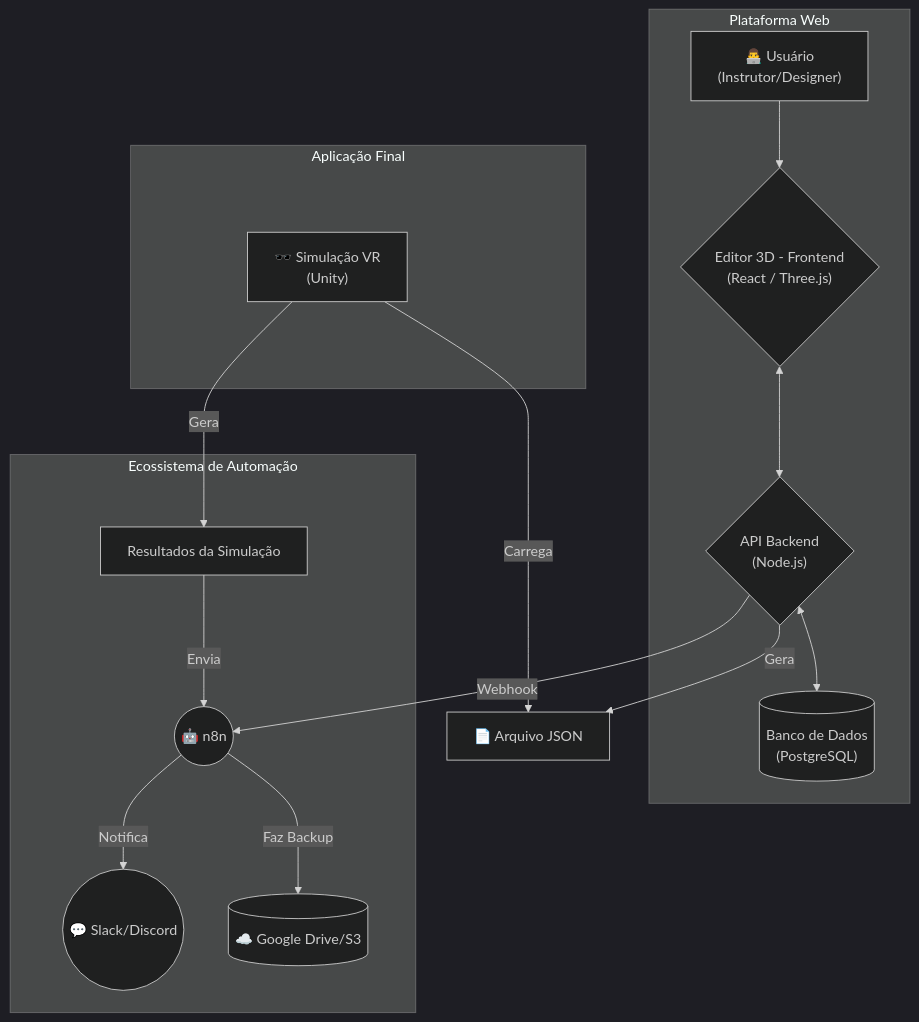
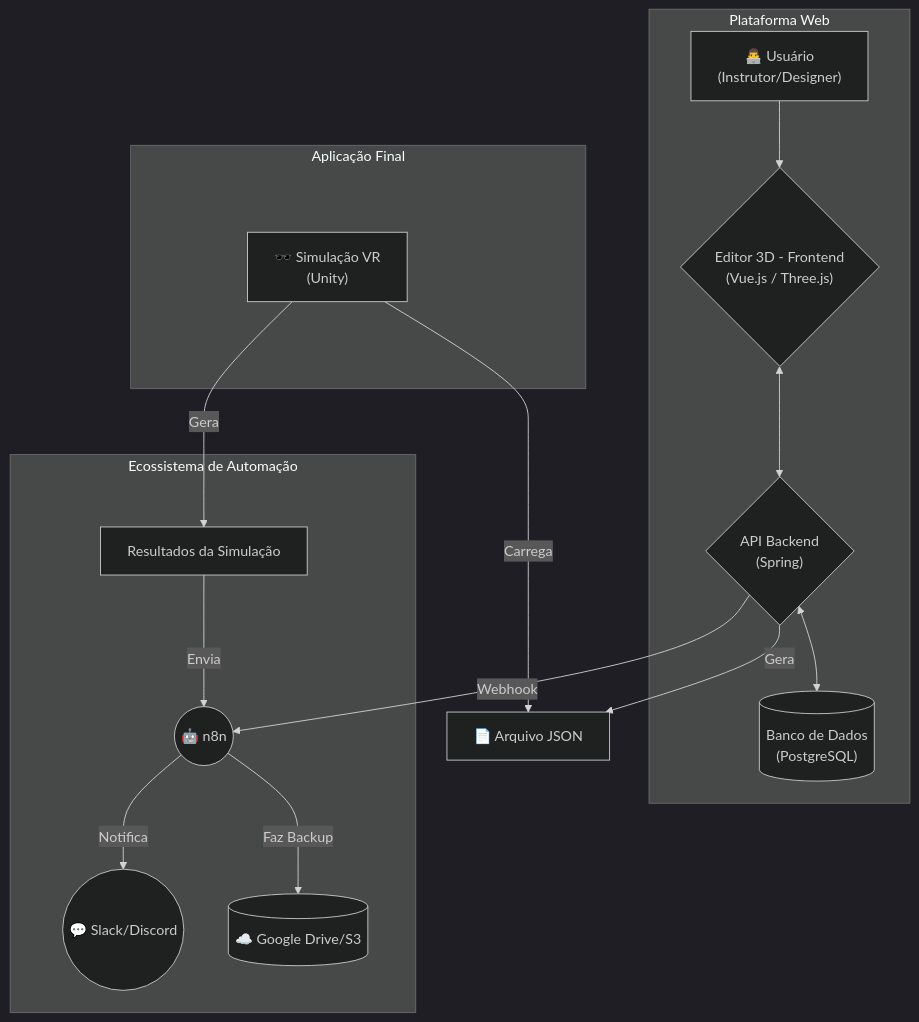
Before and after one commit to PetsuTHEPRO/Skill-E: the diagram in README.md, drawn with Mermaid (dark theme). The commit also changed other lines of this file and 4 other files, not shown here.

````diff
--- a/README.md
+++ b/README.md
@@ -34,23 +34,23 @@
 ```mermaid
 graph TD
     subgraph Plataforma Web
-        A["👨‍💻 Usuário <br>(Instrutor/Designer)"] --> B{"Editor 3D - Frontend <br>(React / Three.js)"};
-        B <--> C{"API Backend <br>(Node.js)"};
+        A["👨‍💻 Usuário <br>(Instrutor/Designer)"] --> B{"Editor 3D - Frontend <br>(Vue.js / Three.js)"};
+        B <--> C{"API Backend <br>(Spring)"};
         C <--> D[("Banco de Dados <br>(PostgreSQL)")];
     end
 
     subgraph Ecossistema de Automação
         C -- Webhook --> G(("🤖 n8n"));
         G -- Notifica --> H(("💬 Slack/Discord"));
         G -- Faz Backup --> I[("☁️ Google Drive/S3")];
         J[Resultados da Simulação] -- Envia --> G;
     end
     
     subgraph Aplicação Final
         F["🕶️ Simulação VR <br>(Unity)"]
     end
 
     C -- Gera --> E["📄 Arquivo JSON"];
     F -- Carrega --> E;
     F -- Gera --> J;
 ```
````
